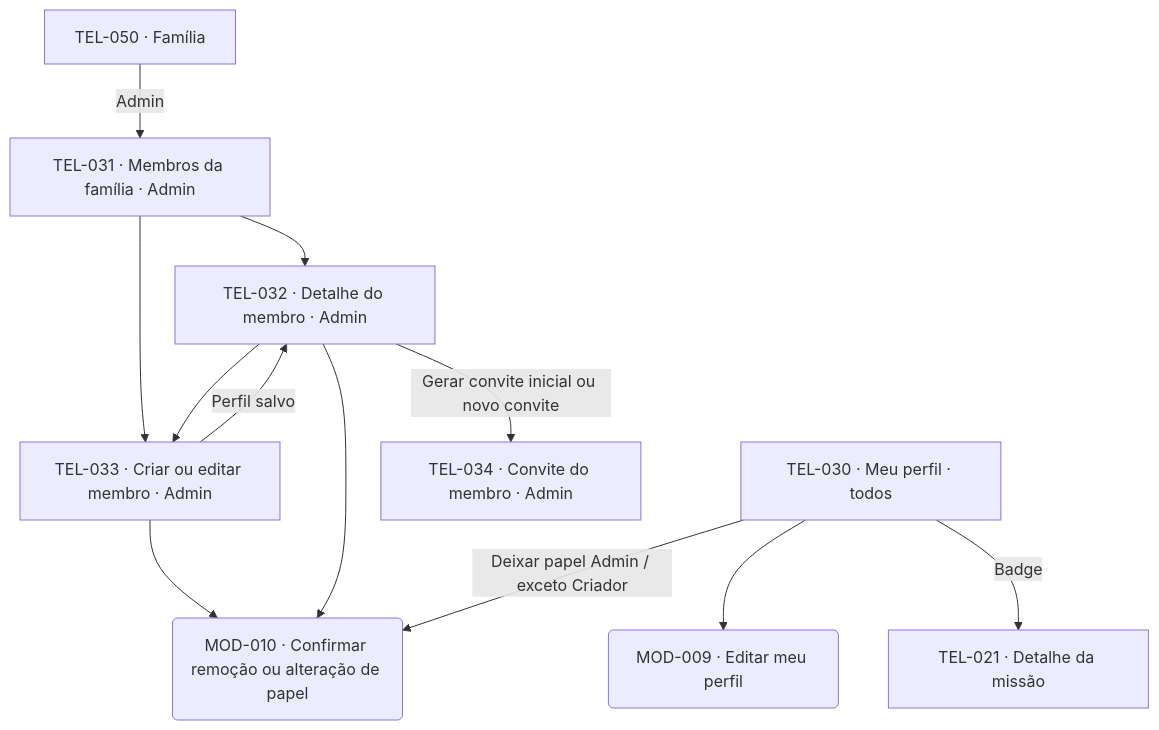
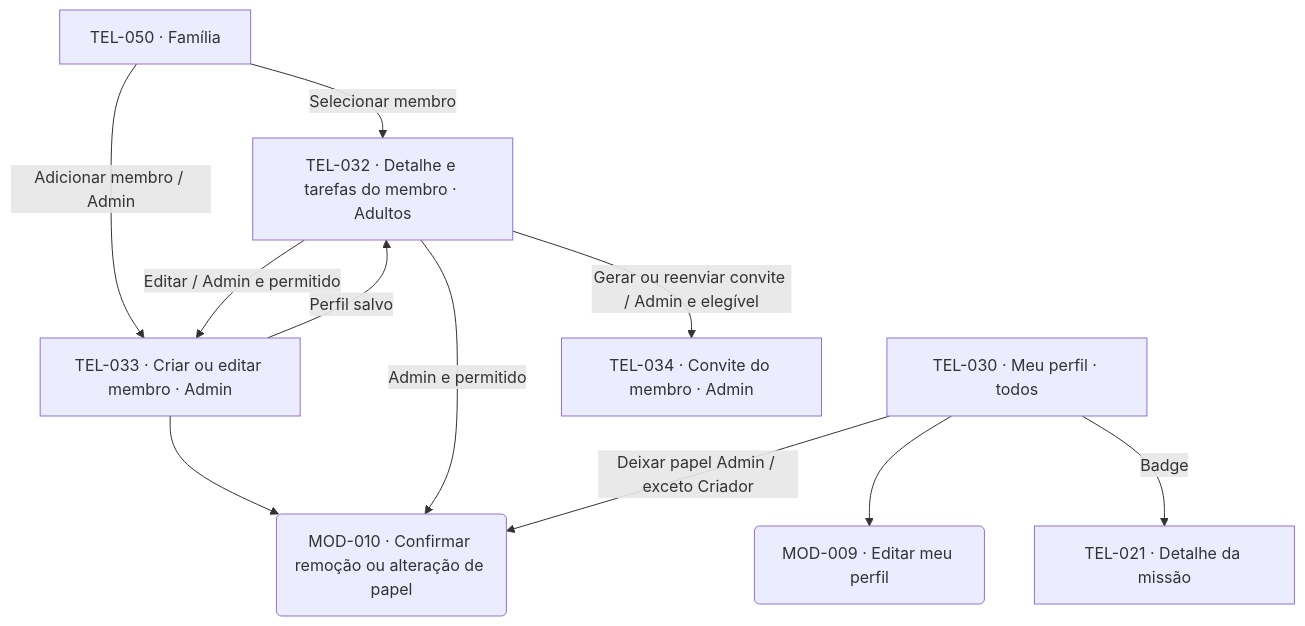
The fourth of 6 diagrams in docs/design/screen-map.md (lizandramalta/App-Rotina-Familiar), drawn with Mermaid before and after one commit. The commit also changed other lines of this file and 20 other files, not shown here.

````diff
--- a/docs/design/screen-map.md
+++ b/docs/design/screen-map.md
@@ -135,22 +146,20 @@
 ```mermaid
 flowchart TD
     T050["TEL-050 · Família"]
     T030["TEL-030 · Meu perfil · todos"]
-    T031["TEL-031 · Membros da família · Admin"]
-    T032["TEL-032 · Detalhe do membro · Admin"]
+    T032["TEL-032 · Detalhe e tarefas do membro · Adultos"]
     T033["TEL-033 · Criar ou editar membro · Admin"]
     T034["TEL-034 · Convite do membro · Admin"]
     M009("MOD-009 · Editar meu perfil")
     M010("MOD-010 · Confirmar remoção ou alteração de papel")
     T030 --> M009
     T030 -->|Badge| T021["TEL-021 · Detalhe da missão"]
-    T050 -->|Admin| T031
-    T031 --> T032
-    T031 --> T033
+    T050 -->|Selecionar membro| T032
+    T050 -->|Adicionar membro / Admin| T033
     T033 -->|Perfil salvo| T032
-    T032 --> T033
+    T032 -->|Editar / Admin e permitido| T033
     T033 --> M010
-    T032 -->|Gerar convite inicial ou novo convite| T034
-    T032 --> M010
+    T032 -->|Gerar ou reenviar convite / Admin e elegível| T034
+    T032 -->|Admin e permitido| M010
     T030 -->|Deixar papel Admin / exceto Criador| M010
 ```
````
